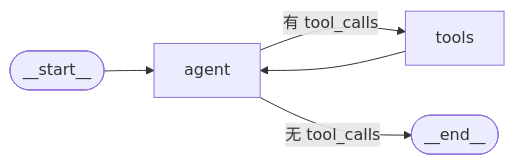
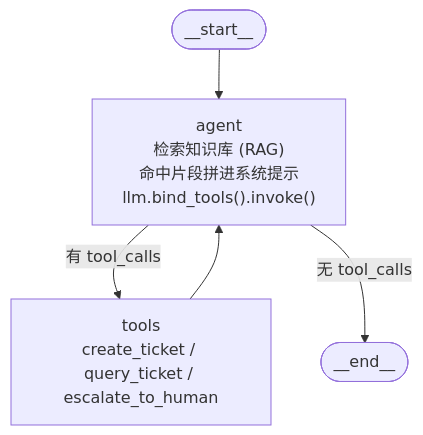
One commit to II777II/qa-ticket-agent changed the diagram in docs/architecture.md. Above: the diagram before and after it, drawn with Mermaid. The commit also changed other lines of this file and 9 other files, not shown here.

First line of the commit message:
结构图：标注 RAG 步骤与工具名，支持离线渲染

````diff
--- a/docs/architecture.md
+++ b/docs/architecture.md
@@ -40,7 +43,9 @@
 ```mermaid
-flowchart LR
-    S([__start__]) --> A[agent]
+flowchart TD
+    S([__start__]) --> A
+    A["agent<br/>检索知识库 (RAG)<br/>命中片段拼进系统提示<br/>llm.bind_tools().invoke()"]
     A -- 有 tool_calls --> T[tools]
+    T["tools<br/>create_ticket / query_ticket / escalate_to_human"]
     A -- 无 tool_calls --> E([__end__])
     T --> A
 ```
````
